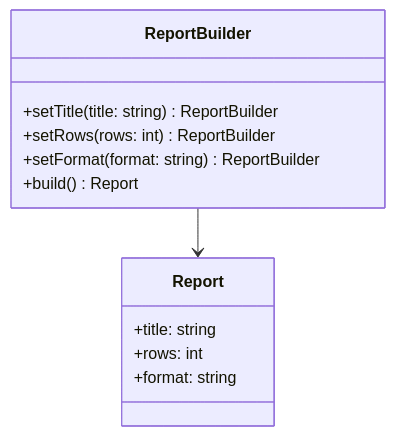
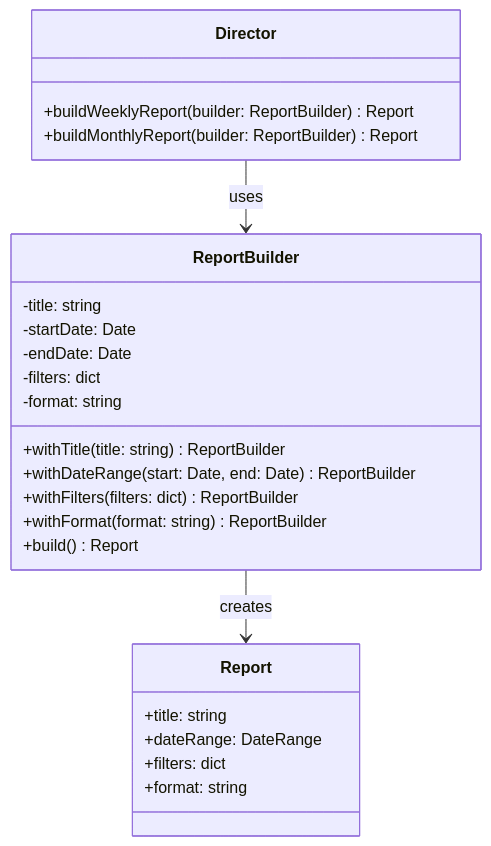
The diagram in docs/design-patterns/creational/builder.md (shivam-g-mishra/blog), drawn with Mermaid before and after one commit. The commit also changed other lines of this file and 31 other files, not shown here.

````diff
--- a/docs/design-patterns/creational/builder.md
+++ b/docs/design-patterns/creational/builder.md
@@ -60,15 +86,30 @@
 ```mermaid
 classDiagram
-  class Report {
-    +title: string
-    +rows: int
-    +format: string
-  }
-  class ReportBuilder {
-    +setTitle(title: string) ReportBuilder
-    +setRows(rows: int) ReportBuilder
-    +setFormat(format: string) ReportBuilder
-    +build() Report
-  }
-  ReportBuilder --> Report
+    class Report {
+        +title: string
+        +dateRange: DateRange
+        +filters: dict
+        +format: string
+    }
+    
+    class ReportBuilder {
+        -title: string
+        -startDate: Date
+        -endDate: Date
+        -filters: dict
+        -format: string
+        +withTitle(title: string) ReportBuilder
+        +withDateRange(start: Date, end: Date) ReportBuilder
+        +withFilters(filters: dict) ReportBuilder
+        +withFormat(format: string) ReportBuilder
+        +build() Report
+    }
+    
+    class Director {
+        +buildWeeklyReport(builder: ReportBuilder) Report
+        +buildMonthlyReport(builder: ReportBuilder) Report
+    }
+    
+    ReportBuilder --> Report : creates
+    Director --> ReportBuilder : uses
 ```
````
